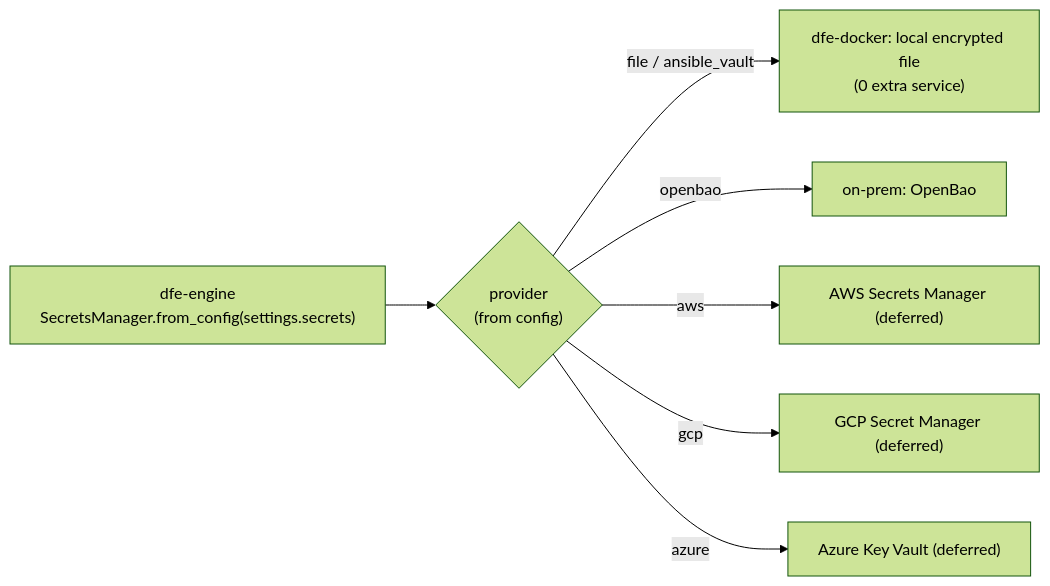
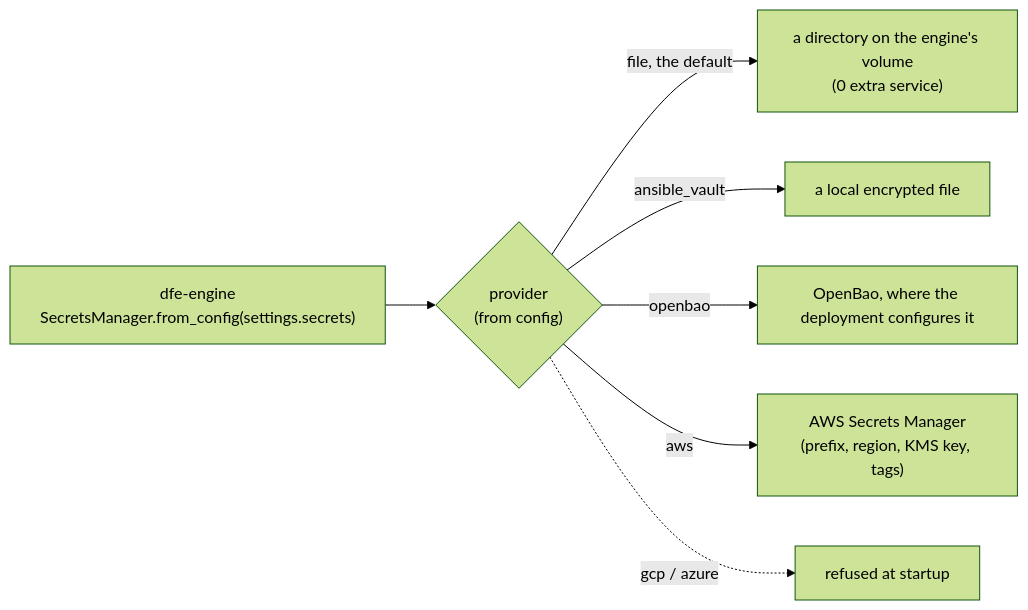
The third of 4 diagrams in docs/deployment/backing-services.md (hyperi-io/dfe-engine), drawn with Mermaid (forest theme) before and after one commit. The commit also changed other lines of this file and 17 other files, not shown here.

````diff
--- a/docs/deployment/backing-services.md
+++ b/docs/deployment/backing-services.md
@@ -115,9 +115,9 @@
 ```mermaid
 flowchart LR
     E["dfe-engine<br/>SecretsManager.from_config(settings.secrets)"] --> P{"provider<br/>(from config)"}
-    P -->|file / ansible_vault| F["dfe-docker: local encrypted file<br/>(0 extra service)"]
-    P -->|openbao| O["on-prem: OpenBao"]
-    P -->|aws| AWS["AWS Secrets Manager (deferred)"]
-    P -->|gcp| GCP["GCP Secret Manager (deferred)"]
-    P -->|azure| AZ["Azure Key Vault (deferred)"]
+    P -->|file, the default| F["a directory on the engine's volume<br/>(0 extra service)"]
+    P -->|ansible_vault| AV["a local encrypted file"]
+    P -->|openbao| O["OpenBao, where the deployment configures it"]
+    P -->|aws| AWS["AWS Secrets Manager<br/>(prefix, region, KMS key, tags)"]
+    P -.->|gcp / azure| NO["refused at startup"]
 ```
````
